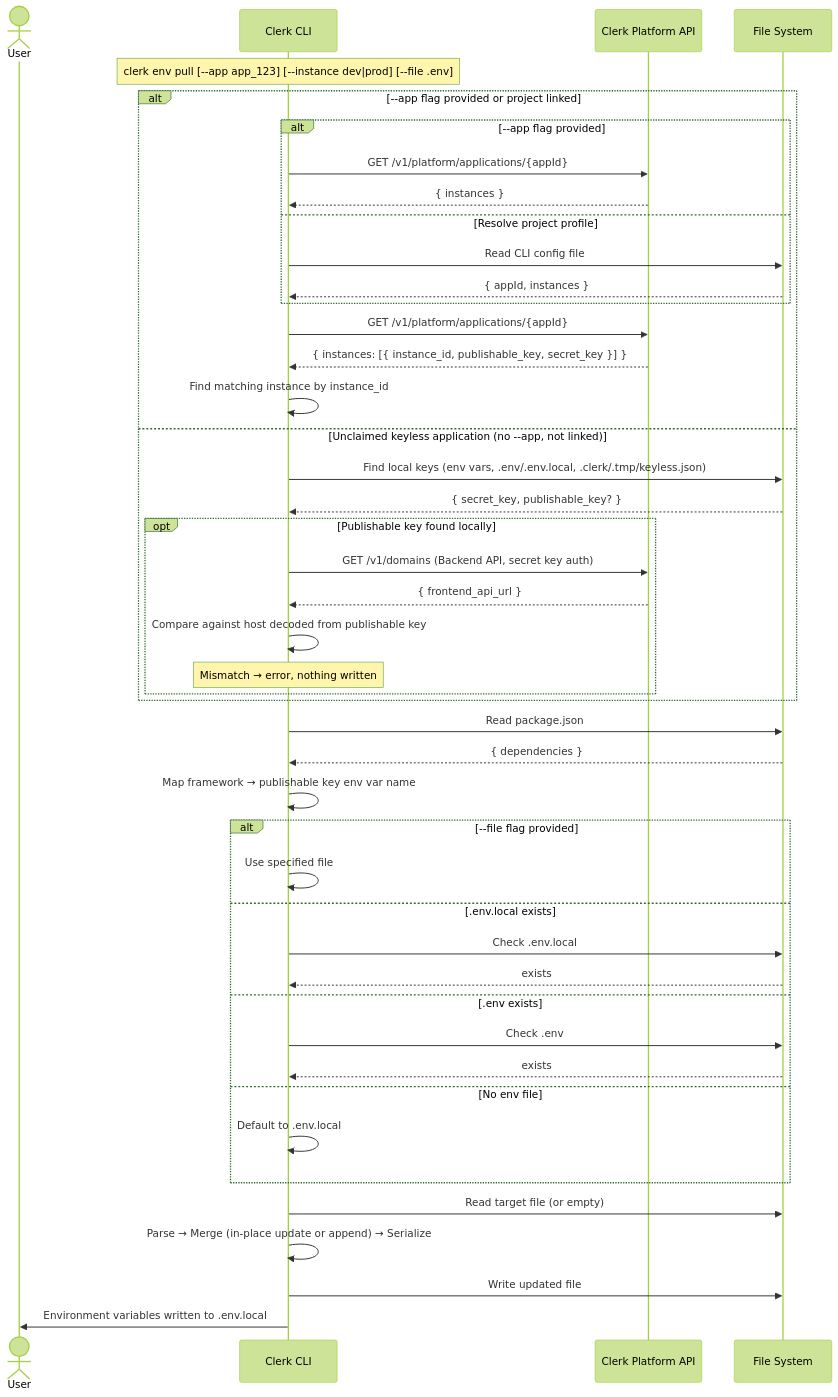
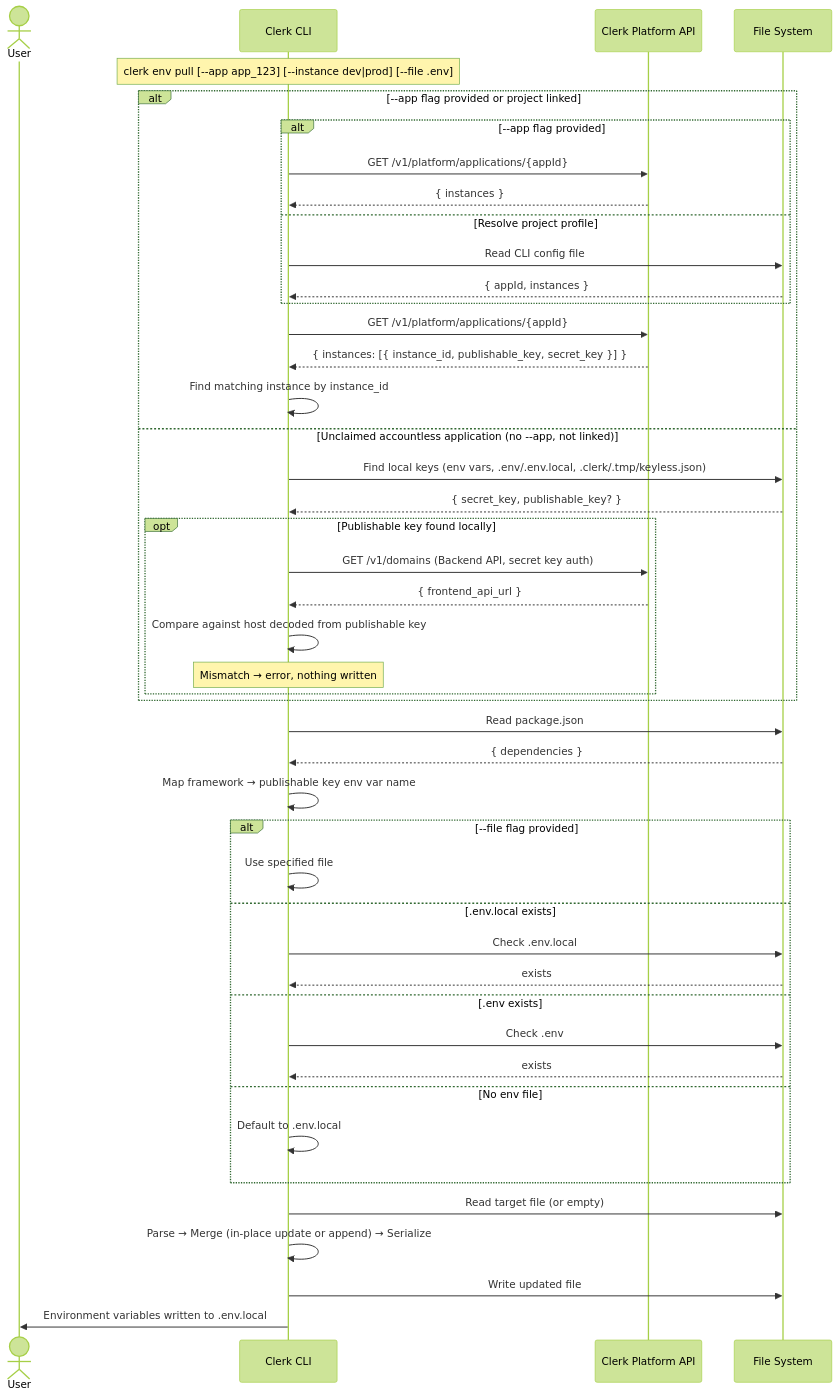
Before and after one commit to clerk/cli: the diagram in packages/cli-core/src/commands/env/README.md, drawn with Mermaid (forest theme). The commit also changed other lines of this file and 31 other files, not shown here.

First line of the commit message:
Rename keyless CLI copy to accountless (#457)

````diff
--- a/packages/cli-core/src/commands/env/README.md
+++ b/packages/cli-core/src/commands/env/README.md
@@ -25,57 +25,57 @@
 ```mermaid
 sequenceDiagram
     actor User
     participant CLI as Clerk CLI
     participant API as Clerk Platform API
     participant FS as File System
 
     Note over CLI: clerk env pull [--app app_123] [--instance dev|prod] [--file .env]
 
     alt --app flag provided or project linked
         alt --app flag provided
             CLI->>API: GET /v1/platform/applications/{appId}
             API-->>CLI: { instances }
         else Resolve project profile
             CLI->>FS: Read CLI config file
             FS-->>CLI: { appId, instances }
         end
 
         %% Fetch application with keys
         CLI->>API: GET /v1/platform/applications/{appId}
         API-->>CLI: { instances: [{ instance_id, publishable_key, secret_key }] }
         CLI->>CLI: Find matching instance by instance_id
-    else Unclaimed keyless application (no --app, not linked)
+    else Unclaimed accountless application (no --app, not linked)
         CLI->>FS: Find local keys (env vars, .env/.env.local, .clerk/.tmp/keyless.json)
         FS-->>CLI: { secret_key, publishable_key? }
         opt Publishable key found locally
             CLI->>API: GET /v1/domains (Backend API, secret key auth)
             API-->>CLI: { frontend_api_url }
             CLI->>CLI: Compare against host decoded from publishable key
             Note over CLI: Mismatch → error, nothing written
         end
     end
 
     %% Detect framework
     CLI->>FS: Read package.json
     FS-->>CLI: { dependencies }
     CLI->>CLI: Map framework → publishable key env var name
 
     %% Resolve target file
     alt --file flag provided
         CLI->>CLI: Use specified file
     else .env.local exists
         CLI->>FS: Check .env.local
         FS-->>CLI: exists
     else .env exists
         CLI->>FS: Check .env
         FS-->>CLI: exists
     else No env file
         CLI->>CLI: Default to .env.local
     end
 
     %% Read, merge, write
     CLI->>FS: Read target file (or empty)
     CLI->>CLI: Parse → Merge (in-place update or append) → Serialize
     CLI->>FS: Write updated file
     CLI->>User: Environment variables written to .env.local
 ```
````
